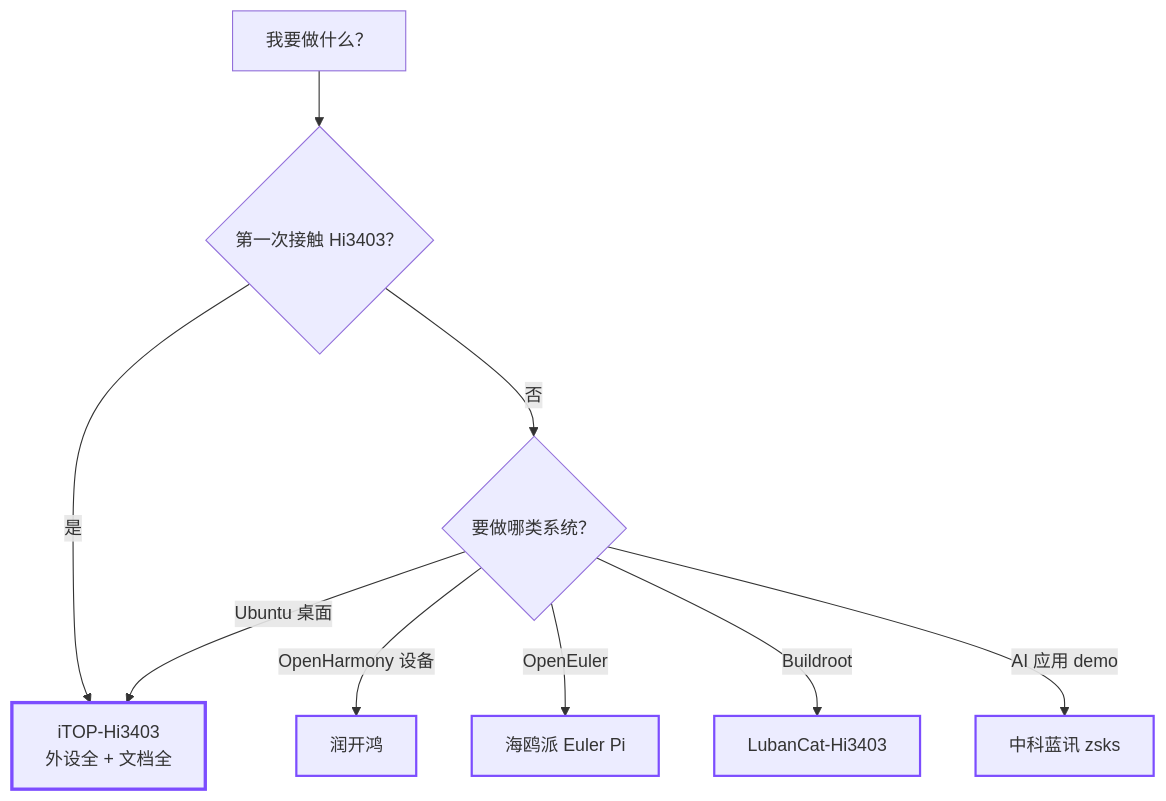
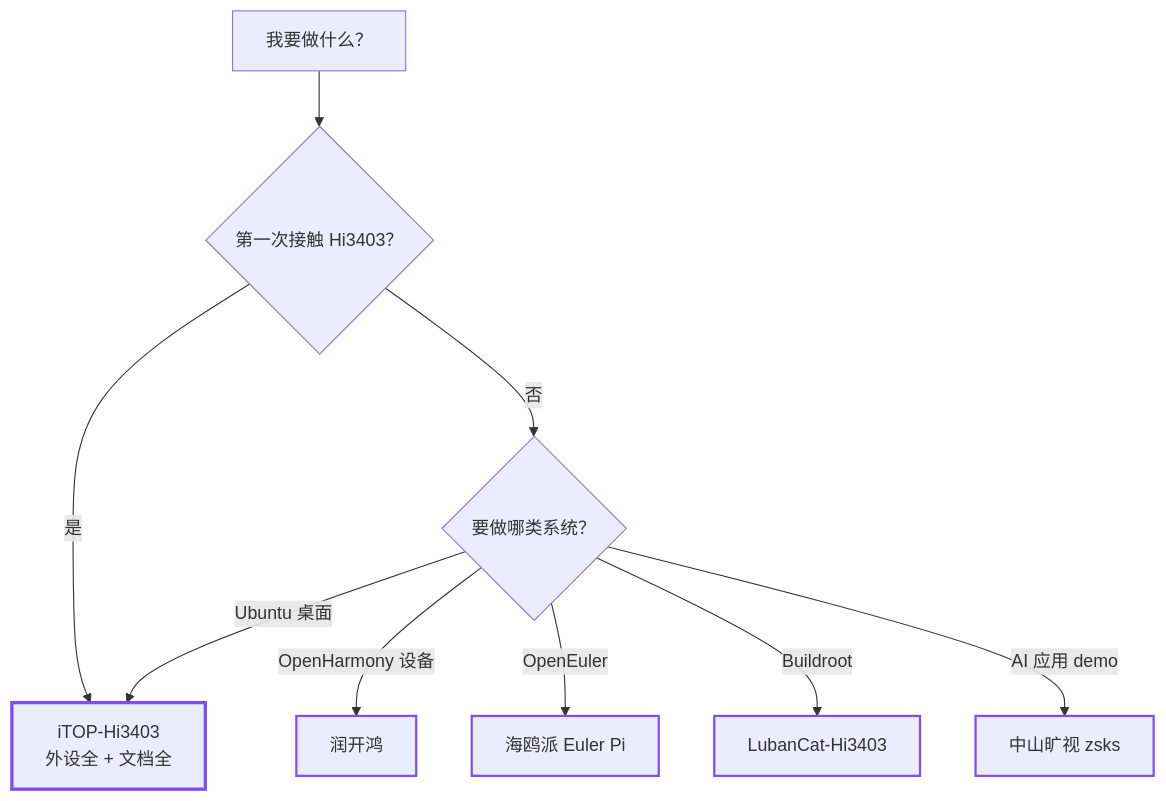
Before and after one commit to GitBubble/hi3403-docs: the diagram in docs/get-started/board-picker.md, drawn with Mermaid. The commit also changed other lines of this file and 8 other files, not shown here.

````diff
--- a/docs/get-started/board-picker.md
+++ b/docs/get-started/board-picker.md
@@ -30,17 +30,17 @@
 ```mermaid
 flowchart TD
     Start[我要做什么？] --> A{第一次接触 Hi3403？}
     A -- 是 --> Topeet[iTOP-Hi3403<br>外设全 + 文档全]
     A -- 否 --> B{要做哪类系统？}
     B -- OpenHarmony 设备 --> RKH[润开鸿]
     B -- OpenEuler --> Ebaina[海鸥派 Euler Pi]
     B -- Buildroot --> LubanCat[LubanCat-Hi3403]
-    B -- AI 应用 demo --> ZSKS[中科蓝讯 zsks]
+    B -- AI 应用 demo --> ZSKS[中山旷视 zsks]
     B -- Ubuntu 桌面 --> Topeet
 
     style Topeet stroke:#7c4dff,stroke-width:3px
     style LubanCat stroke:#7c4dff,stroke-width:2px
     style Ebaina stroke:#7c4dff,stroke-width:2px
     style RKH stroke:#7c4dff,stroke-width:2px
     style ZSKS stroke:#7c4dff,stroke-width:2px
 ```
````
